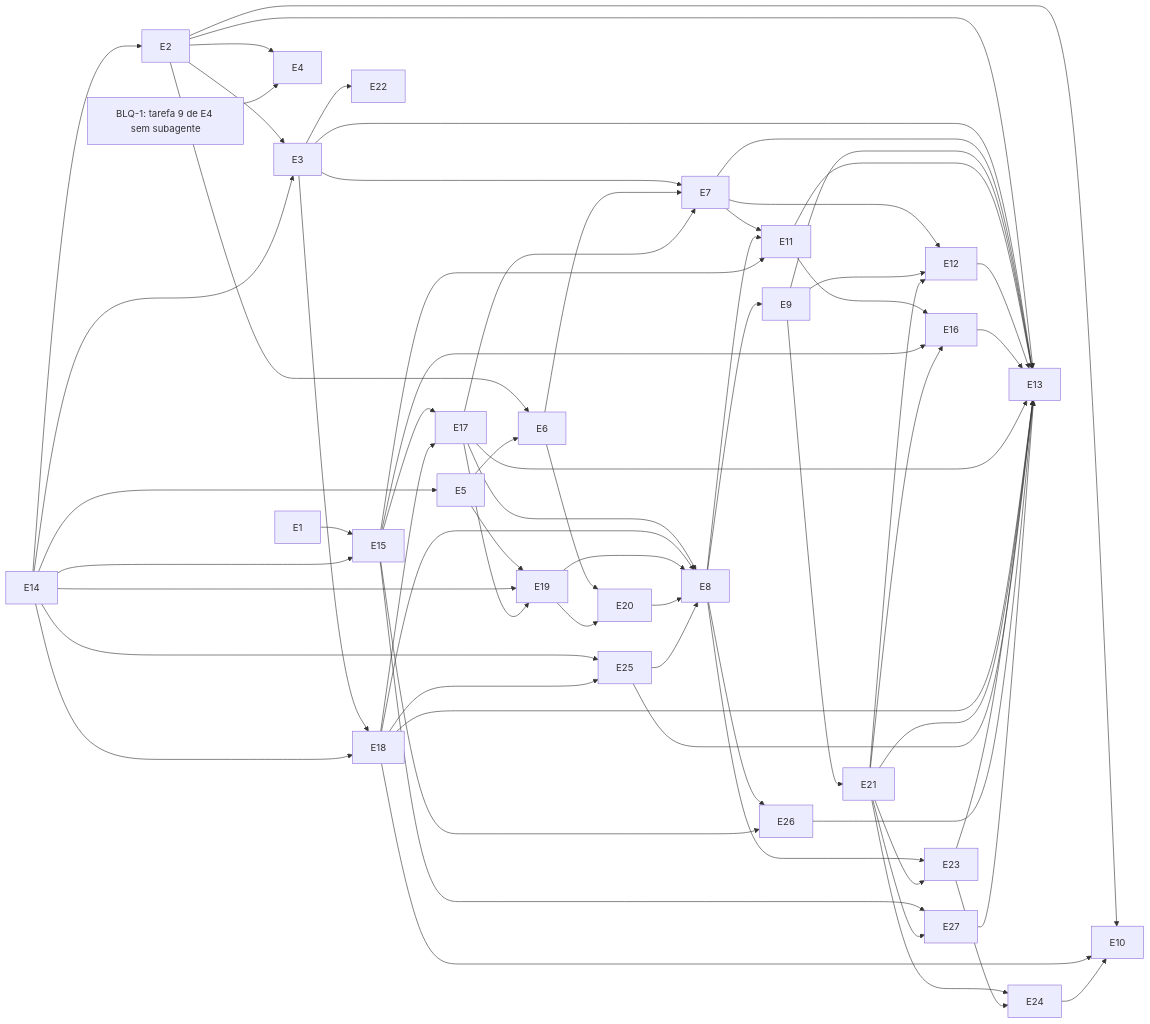
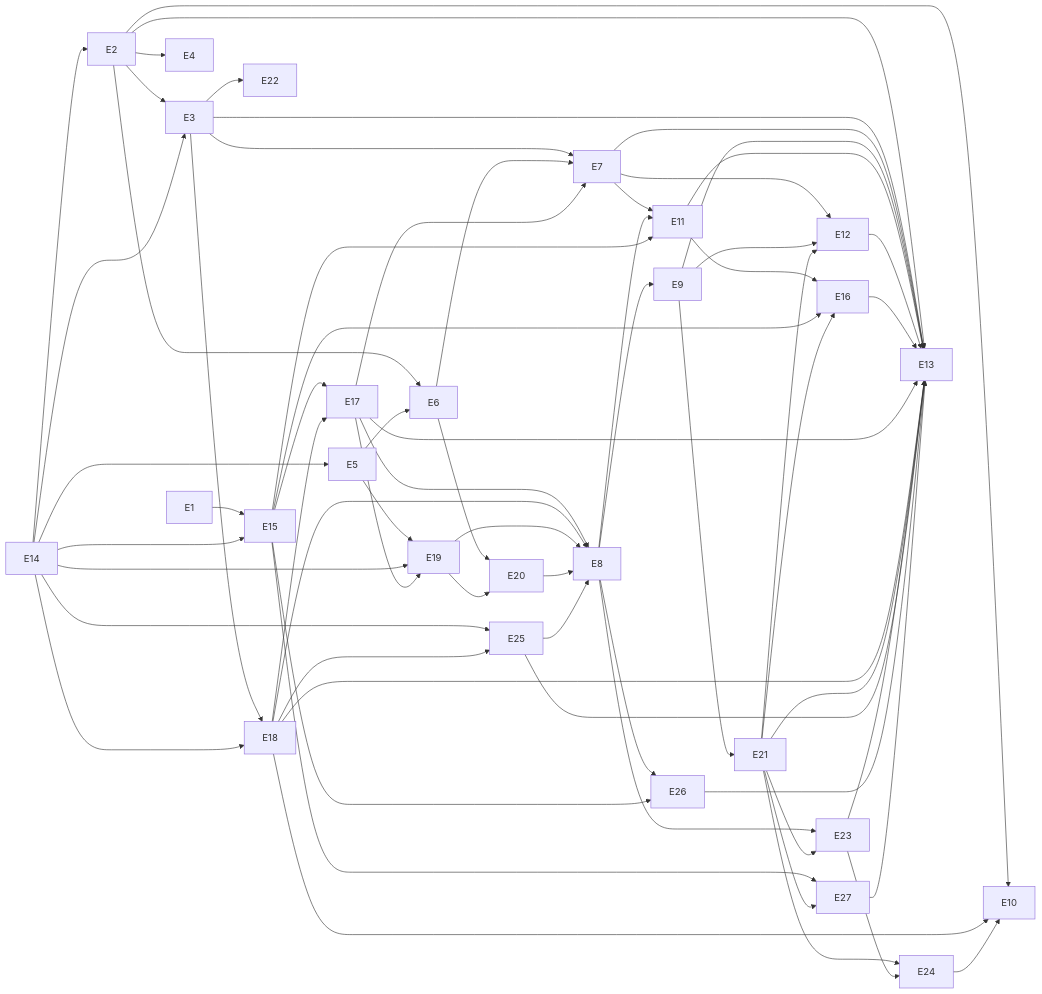
One commit to odeciojunior/claude-play changed the diagram in docs/plans/roadmap-evolucao-skills/critical-path.md. Above: the diagram before and after it, drawn with Mermaid. The commit also changed other lines of this file and 2 other files, not shown here.

Commit message:
docs(roadmap): E4 na release, BLQ-1 fechado, pendências da revisão final de E4

````diff
--- a/docs/plans/roadmap-evolucao-skills/critical-path.md
+++ b/docs/plans/roadmap-evolucao-skills/critical-path.md
@@ -3,69 +3,68 @@
 ```mermaid
 graph LR
   E1 --> E15
   E14 --> E15
   E14 --> E2
   E2 --> E3
   E14 --> E3
   E3 --> E18
   E14 --> E18
   E14 --> E25
   E18 --> E25
   E3 --> E22
   E2 --> E4
   E15 --> E17
   E18 --> E17
   E14 --> E5
   E5 --> E19
   E14 --> E19
   E17 --> E19
   E2 --> E6
   E5 --> E6
   E6 --> E20
   E19 --> E20
   E3 --> E7
   E6 --> E7
   E17 --> E7
   E17 --> E8
   E18 --> E8
   E19 --> E8
   E20 --> E8
   E25 --> E8
   E7 --> E11
   E8 --> E11
   E15 --> E11
   E8 --> E26
   E15 --> E26
   E8 --> E9
   E9 --> E21
   E8 --> E23
   E21 --> E23
   E21 --> E24
   E23 --> E24
   E11 --> E16
   E15 --> E16
   E21 --> E16
   E15 --> E27
   E21 --> E27
   E2 --> E10
   E18 --> E10
   E24 --> E10
   E7 --> E12
   E9 --> E12
   E21 --> E12
   E2 --> E13
   E3 --> E13
   E7 --> E13
   E9 --> E13
   E11 --> E13
   E12 --> E13
   E16 --> E13
   E17 --> E13
   E18 --> E13
   E21 --> E13
   E23 --> E13
   E25 --> E13
   E26 --> E13
   E27 --> E13
-  BLQ1["BLQ-1: tarefa 9 de E4 sem subagente"] --> E4
 ```
````
